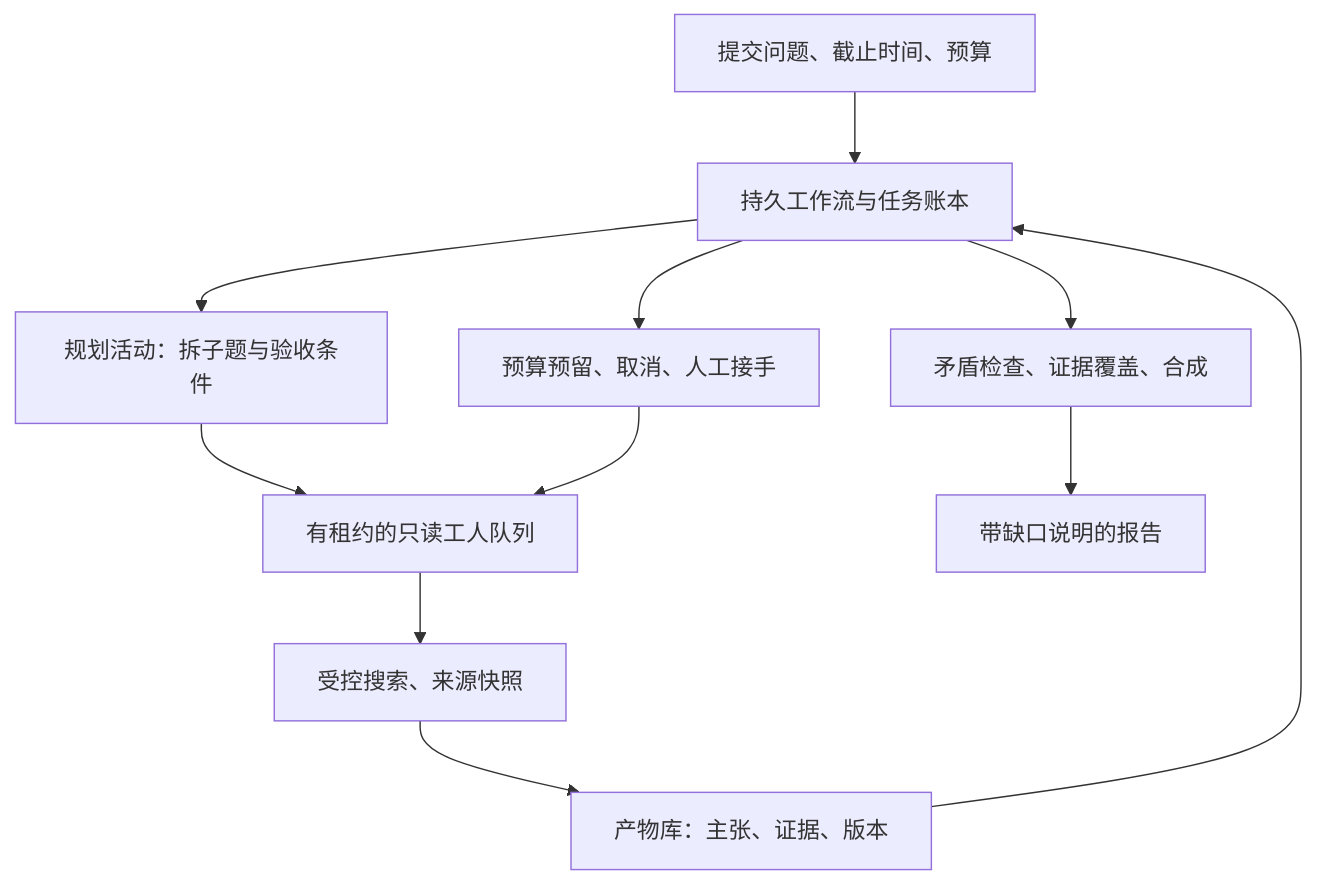
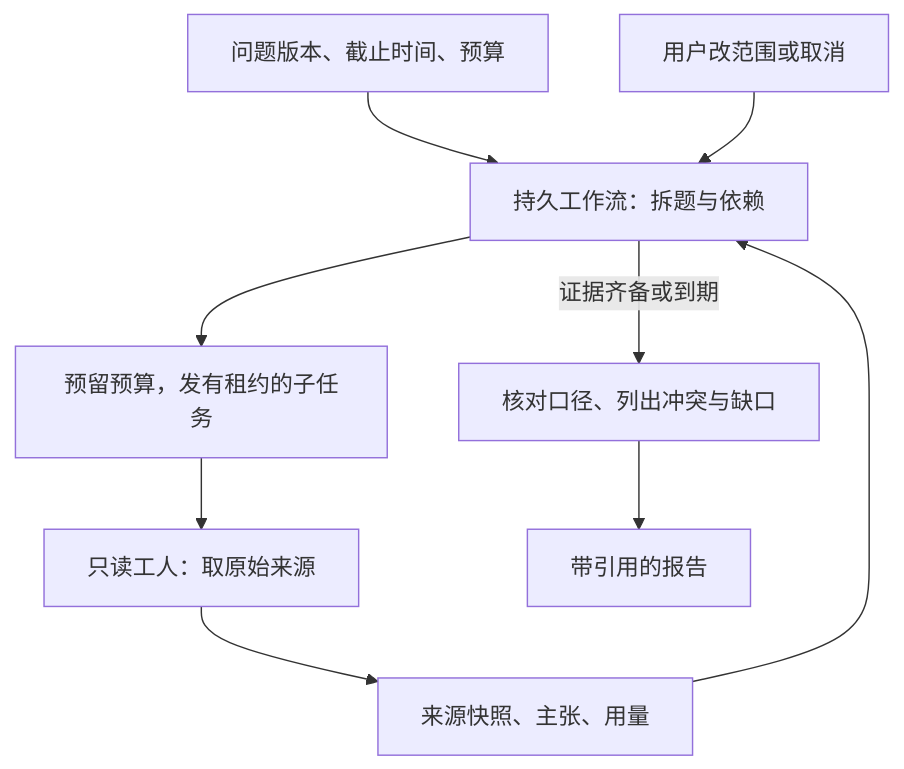
The fourth of 6 diagrams in 10-frontier-trends-2026-and-interview-playbook/02-interview-system-design-playbook.md (echonoshy/agent-engineering-handbook), drawn with Mermaid before and after one commit. The commit also changed other lines of this file and 21 other files, not shown here.

````diff
--- a/10-frontier-trends-2026-and-interview-playbook/02-interview-system-design-playbook.md
+++ b/10-frontier-trends-2026-and-interview-playbook/02-interview-system-design-playbook.md
@@ -128,13 +144,11 @@
 ```mermaid
 flowchart TD
-    A["提交问题、截止时间、预算"] --> B["持久工作流与任务账本"]
-    B --> C["规划活动：拆子题与验收条件"]
-    C --> D["有租约的只读工人队列"]
-    D --> E["受控搜索、来源快照"]
-    E --> F["产物库：主张、证据、版本"]
-    F --> B
-    B --> G["矛盾检查、证据覆盖、合成"]
-    G --> H["带缺口说明的报告"]
-    B --> I["预算预留、取消、人工接手"]
-    I --> D
+    A["问题版本、截止时间、预算"] --> B["持久工作流：拆题与依赖"]
+    B --> Q["预留预算，发有租约的子任务"]
+    Q --> W["只读工人：取原始来源"]
+    W --> S["来源快照、主张、用量"]
+    S --> B
+    B -->|"证据齐备或到期"| H["核对口径、列出冲突与缺口"]
+    H --> R["带引用的报告"]
+    U["用户改范围或取消"] --> B
 ```
````
